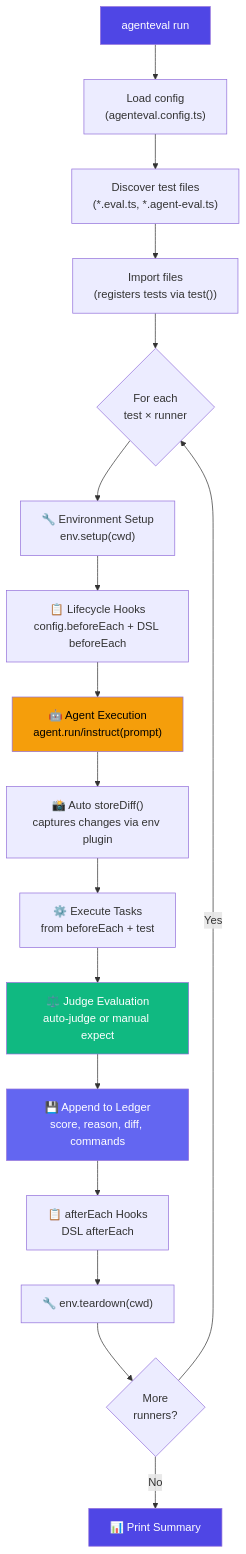
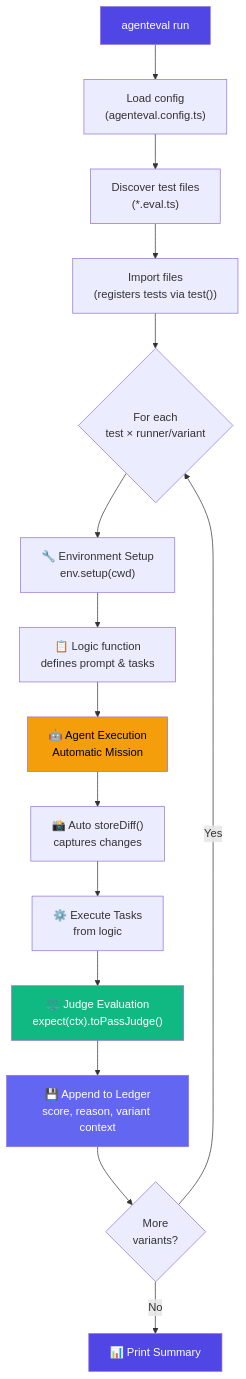
One commit to Tlahey/agent-eval changed the second of 3 diagrams in apps/docs/guide/architecture.md. Above: the diagram before and after it, drawn with Mermaid. The commit also changed other lines of this file and 59 other files, not shown here.

````diff
--- a/apps/docs/guide/architecture.md
+++ b/apps/docs/guide/architecture.md
@@ -147,26 +100,24 @@
 ```mermaid
 flowchart TB
     A["agenteval run"] --> B["Load config<br/>(agenteval.config.ts)"]
-    B --> C["Discover test files<br/>(*.eval.ts, *.agent-eval.ts)"]
+    B --> C["Discover test files<br/>(*.eval.ts)"]
     C --> D["Import files<br/>(registers tests via test())"]
-    D --> E{"For each<br/>test × runner"}
+    D --> E{"For each<br/>test × runner/variant"}
 
     E --> F["🔧 Environment Setup<br/>env.setup(cwd)"]
-    F --> F2["📋 Lifecycle Hooks<br/>config.beforeEach + DSL beforeEach"]
-    F2 --> G["🤖 Agent Execution<br/>agent.run/instruct(prompt)"]
-    G --> H["📸 Auto storeDiff()<br/>captures changes via env plugin"]
-    H --> I["⚙️ Execute Tasks<br/>from beforeEach + test"]
-    I --> J["⚖️ Judge Evaluation<br/>auto-judge or manual expect"]
-    J --> K["💾 Append to Ledger<br/>score, reason, diff, commands"]
-    K --> K2["📋 afterEach Hooks<br/>DSL afterEach"]
-    K2 --> K3["🔧 env.teardown(cwd)"]
-    K3 --> L{"More<br/>runners?"}
-    L -- Yes --> E
-    L -- No --> M["📊 Print Summary"]
+    F --> G["📋 Logic function<br/>defines prompt & tasks"]
+    G --> H["🤖 Agent Execution<br/>Automatic Mission"]
+    H --> I["📸 Auto storeDiff()<br/>captures changes"]
+    I --> J["⚙️ Execute Tasks<br/>from logic"]
+    J --> K["⚖️ Judge Evaluation<br/>expect(ctx).toPassJudge()"]
+    K --> L["💾 Append to Ledger<br/>score, reason, variant context"]
+    L --> M{"More<br/>variants?"}
+    M -- Yes --> E
+    M -- No --> N["📊 Print Summary"]
 
     style A fill:#4f46e5,color:#fff
-    style G fill:#f59e0b,color:#000
-    style J fill:#10b981,color:#fff
-    style K fill:#6366f1,color:#fff
-    style M fill:#4f46e5,color:#fff
+    style H fill:#f59e0b,color:#000
+    style K fill:#10b981,color:#fff
+    style L fill:#6366f1,color:#fff
+    style N fill:#4f46e5,color:#fff
 ```
````
